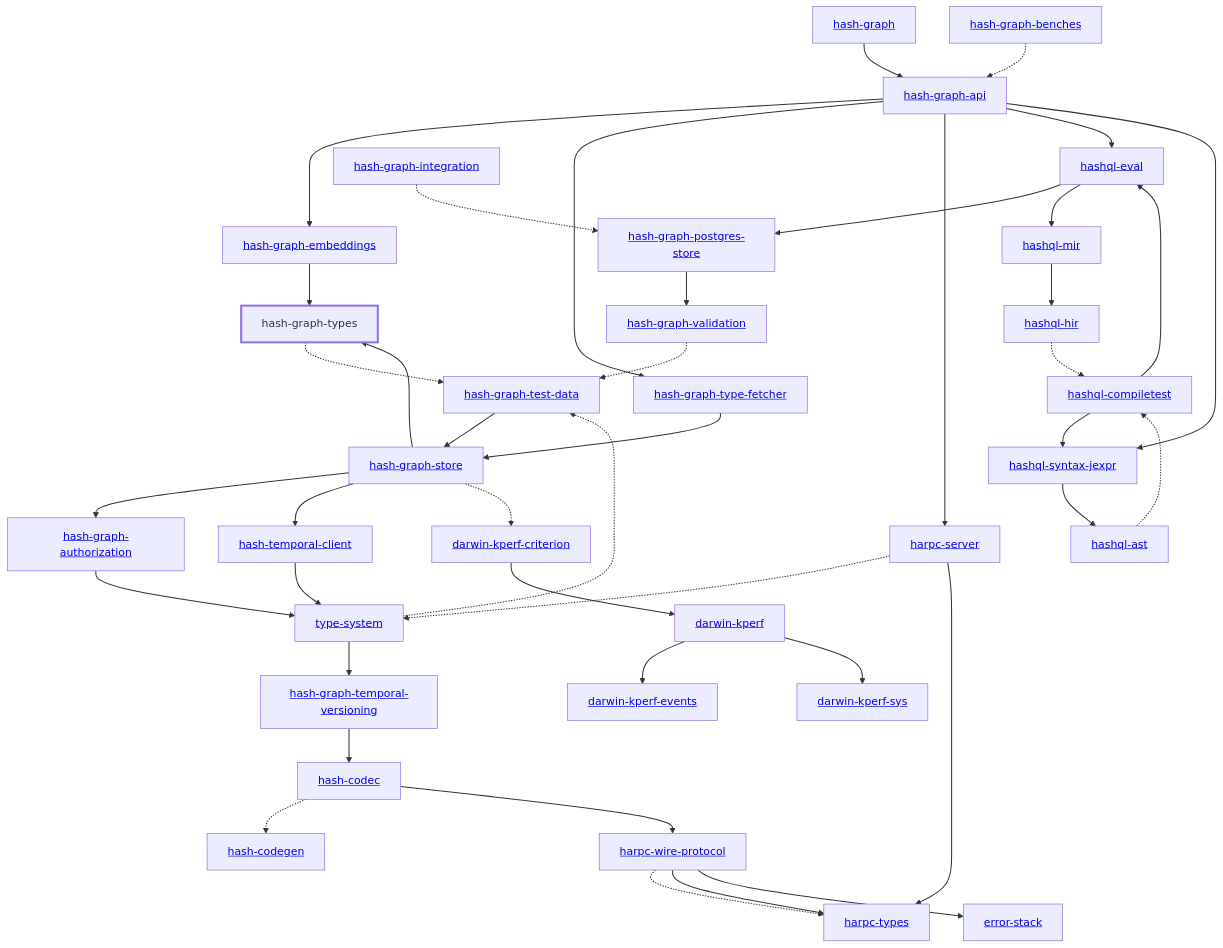
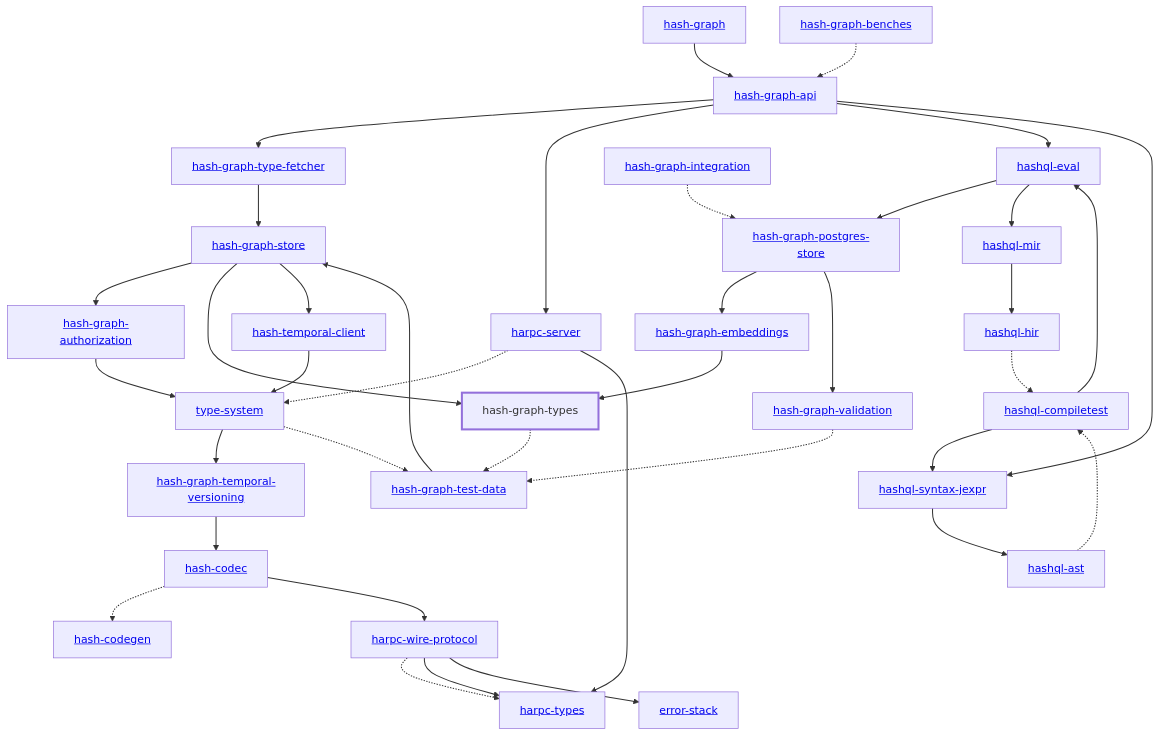
Before and after one commit to hashintel/hash: the diagram in libs/@local/graph/types/docs/dependency-diagram.mmd, drawn with Mermaid. The commit also changed 26 other files, not shown here.

```diff
--- a/libs/@local/graph/types/docs/dependency-diagram.mmd
+++ b/libs/@local/graph/types/docs/dependency-diagram.mmd
@@ -1,83 +1,75 @@
 graph TD
     linkStyle default stroke-width:1.5px
     classDef default stroke-width:1px
     classDef root stroke-width:3px
     classDef dev stroke-width:1px
     classDef build stroke-width:1px
     %% Legend
     %% --> : Normal dependency
     %% -.-> : Dev dependency
     %% ---> : Build dependency
     0[<a href="../hash_graph/index.html">hash-graph</a>]
     1[<a href="../type_system/index.html">type-system</a>]
     2[<a href="../hash_codec/index.html">hash-codec</a>]
     3[<a href="../hash_codegen/index.html">hash-codegen</a>]
     4[<a href="../hash_graph_api/index.html">hash-graph-api</a>]
     5[<a href="../hash_graph_authorization/index.html">hash-graph-authorization</a>]
     6[<a href="../hash_graph_embeddings/index.html">hash-graph-embeddings</a>]
     7[<a href="../hash_graph_postgres_store/index.html">hash-graph-postgres-store</a>]
     8[<a href="../hash_graph_store/index.html">hash-graph-store</a>]
     9[<a href="../hash_graph_temporal_versioning/index.html">hash-graph-temporal-versioning</a>]
     10[<a href="../hash_graph_type_fetcher/index.html">hash-graph-type-fetcher</a>]
     11[hash-graph-types]
     class 11 root
     12[<a href="../hash_graph_validation/index.html">hash-graph-validation</a>]
     13[<a href="../harpc_server/index.html">harpc-server</a>]
     14[<a href="../harpc_types/index.html">harpc-types</a>]
     15[<a href="../harpc_wire_protocol/index.html">harpc-wire-protocol</a>]
     16[<a href="../hashql_ast/index.html">hashql-ast</a>]
     17[<a href="../hashql_compiletest/index.html">hashql-compiletest</a>]
     18[<a href="../hashql_eval/index.html">hashql-eval</a>]
     19[<a href="../hashql_hir/index.html">hashql-hir</a>]
     20[<a href="../hashql_mir/index.html">hashql-mir</a>]
     21[<a href="../hashql_syntax_jexpr/index.html">hashql-syntax-jexpr</a>]
     22[<a href="../hash_temporal_client/index.html">hash-temporal-client</a>]
-    23[<a href="../darwin_kperf/index.html">darwin-kperf</a>]
-    24[<a href="../darwin_kperf_criterion/index.html">darwin-kperf-criterion</a>]
-    25[<a href="../darwin_kperf_events/index.html">darwin-kperf-events</a>]
-    26[<a href="../darwin_kperf_sys/index.html">darwin-kperf-sys</a>]
-    27[<a href="../error_stack/index.html">error-stack</a>]
-    28[<a href="../hash_graph_benches/index.html">hash-graph-benches</a>]
-    29[<a href="../hash_graph_integration/index.html">hash-graph-integration</a>]
-    30[<a href="../hash_graph_test_data/index.html">hash-graph-test-data</a>]
+    23[<a href="../error_stack/index.html">error-stack</a>]
+    24[<a href="../hash_graph_benches/index.html">hash-graph-benches</a>]
+    25[<a href="../hash_graph_integration/index.html">hash-graph-integration</a>]
+    26[<a href="../hash_graph_test_data/index.html">hash-graph-test-data</a>]
     0 --> 4
     1 --> 9
-    1 -.-> 30
+    1 -.-> 26
     2 -.-> 3
     2 --> 15
-    4 --> 6
     4 --> 10
     4 --> 13
     4 --> 18
     4 --> 21
     5 --> 1
     6 --> 11
+    7 --> 6
     7 --> 12
     8 --> 5
     8 --> 11
     8 --> 22
-    8 -.-> 24
     9 --> 2
     10 --> 8
-    11 -.-> 30
-    12 -.-> 30
+    11 -.-> 26
+    12 -.-> 26
     13 -.-> 1
     13 --> 14
     15 -.-> 14
     15 --> 14
-    15 --> 27
+    15 --> 23
     16 -.-> 17
     17 --> 18
     17 --> 21
     18 --> 7
     18 --> 20
     19 -.-> 17
     20 --> 19
     21 --> 16
     22 --> 1
-    23 --> 25
-    23 --> 26
-    24 --> 23
-    28 -.-> 4
-    29 -.-> 7
-    30 --> 8
+    24 -.-> 4
+    25 -.-> 7
+    26 --> 8
```
